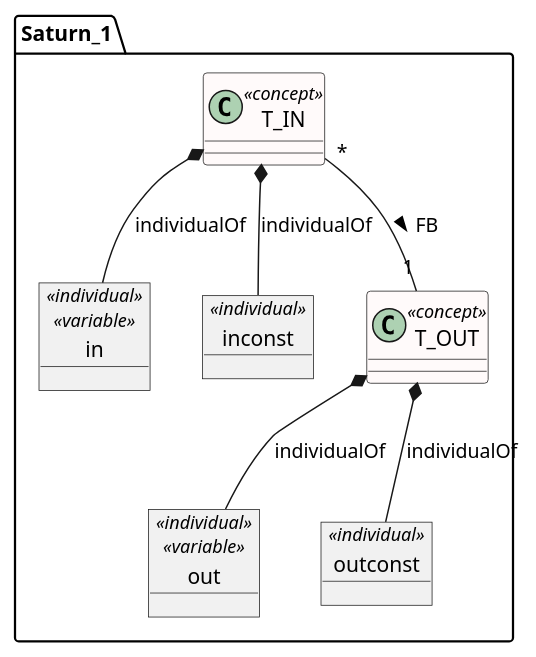
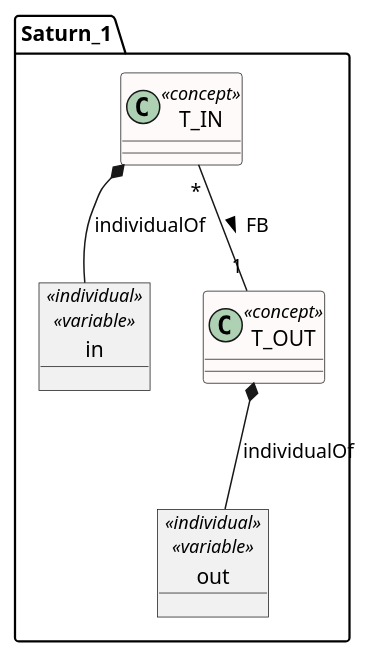
Before and after one commit to stuenofotso/SysML_KAOS_Domain_Model_Parser: the diagram in theNewSysMLKaosDomainModelingLanguage/solutions/Saturn/Event_B_Models/Saturn_1.puml, drawn with PlantUML. The commit also changed 51 other files, not shown here.

```diff
--- a/theNewSysMLKaosDomainModelingLanguage/solutions/Saturn/Event_B_Models/Saturn_1.puml
+++ b/theNewSysMLKaosDomainModelingLanguage/solutions/Saturn/Event_B_Models/Saturn_1.puml
@@ -1,24 +1,20 @@
 @startuml
 
 skinparam class {
  BackgroundColor<<association>> Darkorange 
  BackgroundColor<<concept>>  Snow 
 } 
 
 package Saturn_1 <<Folder>> {
 	class T_IN <<concept>>  {
 	}
 	 object in <<individual>>  <<variable>> 
 	T_IN *-- in : individualOf 
-	 object inconst <<individual>> 
-	T_IN *-- inconst : individualOf 
 	class T_OUT <<concept>>  {
 	}
 	 object out <<individual>>  <<variable>> 
 	T_OUT *-- out : individualOf 
-	 object outconst <<individual>> 
-	T_OUT *-- outconst : individualOf 
 	T_IN "*" -- "1" T_OUT : FB > 
 }
 
 @enduml
```
